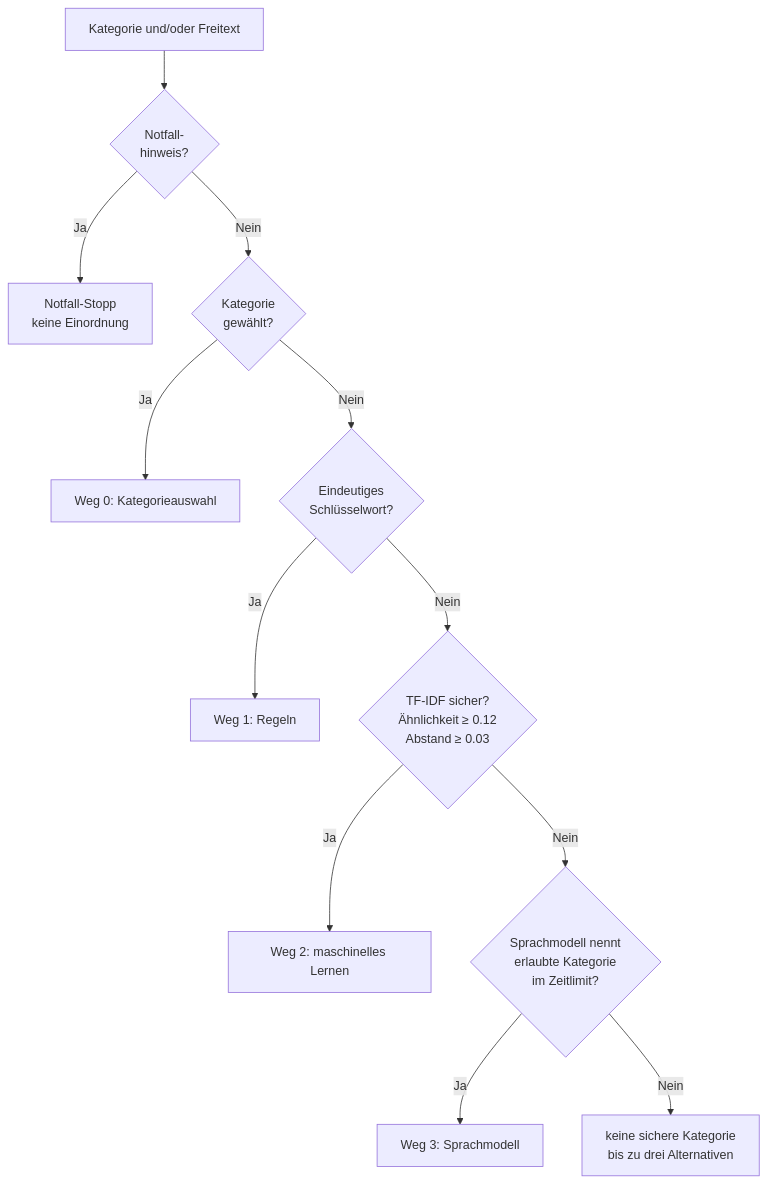
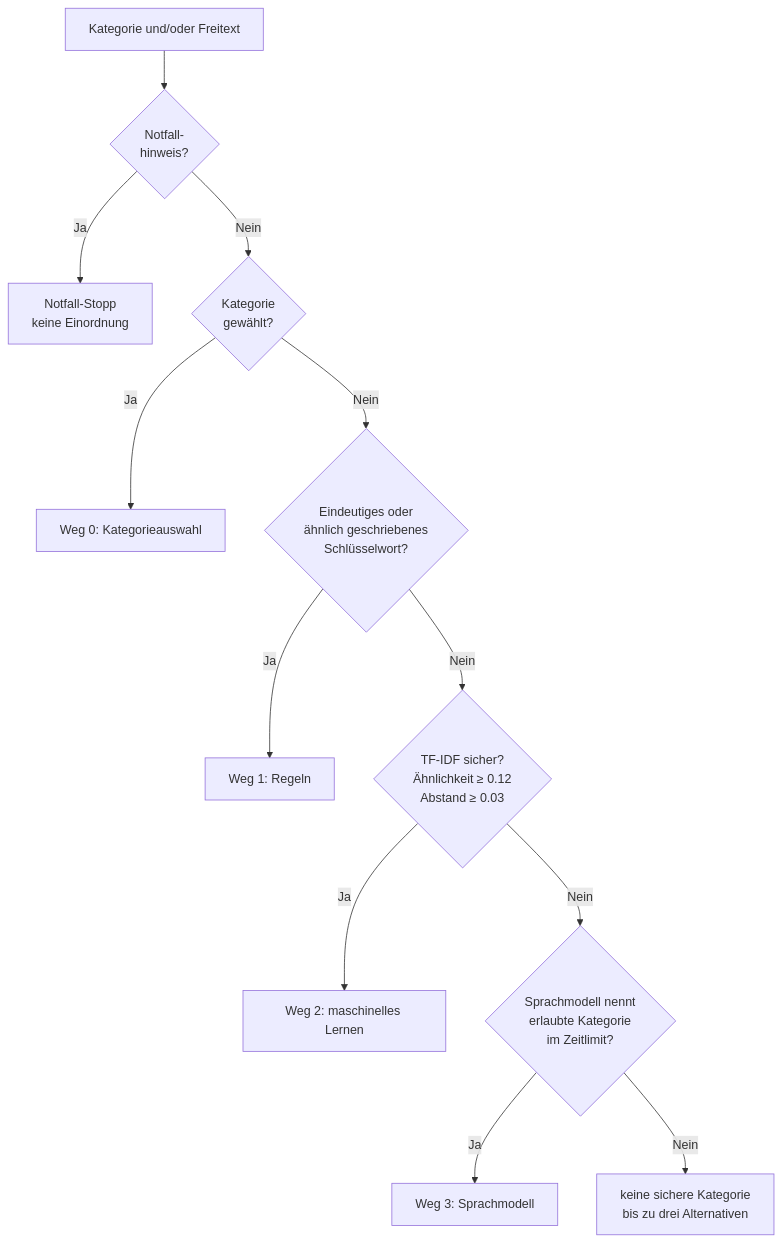
The diagram in docs/verstaendniskette.md (maliswiss/soforthilfe-bern-mittelland), drawn with Mermaid before and after one commit. The commit also changed other lines of this file and 2 other files, not shown here.

````diff
--- a/docs/verstaendniskette.md
+++ b/docs/verstaendniskette.md
@@ -7,14 +7,14 @@
 ```mermaid
 flowchart TD
     E["Kategorie und/oder Freitext"] --> N{"Notfall-<br/>hinweis?"}
     N -->|"Ja"| S["Notfall-Stopp<br/>keine Einordnung"]
     N -->|"Nein"| K{"Kategorie<br/>gewählt?"}
     K -->|"Ja"| W0["Weg 0: Kategorieauswahl"]
-    K -->|"Nein"| R{"Eindeutiges<br/>Schlüsselwort?"}
+    K -->|"Nein"| R{"Eindeutiges oder<br/>ähnlich geschriebenes<br/>Schlüsselwort?"}
     R -->|"Ja"| W1["Weg 1: Regeln"]
     R -->|"Nein"| M{"TF-IDF sicher?<br/>Ähnlichkeit ≥ 0.12<br/>Abstand ≥ 0.03"}
     M -->|"Ja"| W2["Weg 2: maschinelles Lernen"]
     M -->|"Nein"| L{"Sprachmodell nennt<br/>erlaubte Kategorie<br/>im Zeitlimit?"}
     L -->|"Ja"| W3["Weg 3: Sprachmodell"]
     L -->|"Nein"| O["keine sichere Kategorie<br/>bis zu drei Alternativen"]
 ```
````
